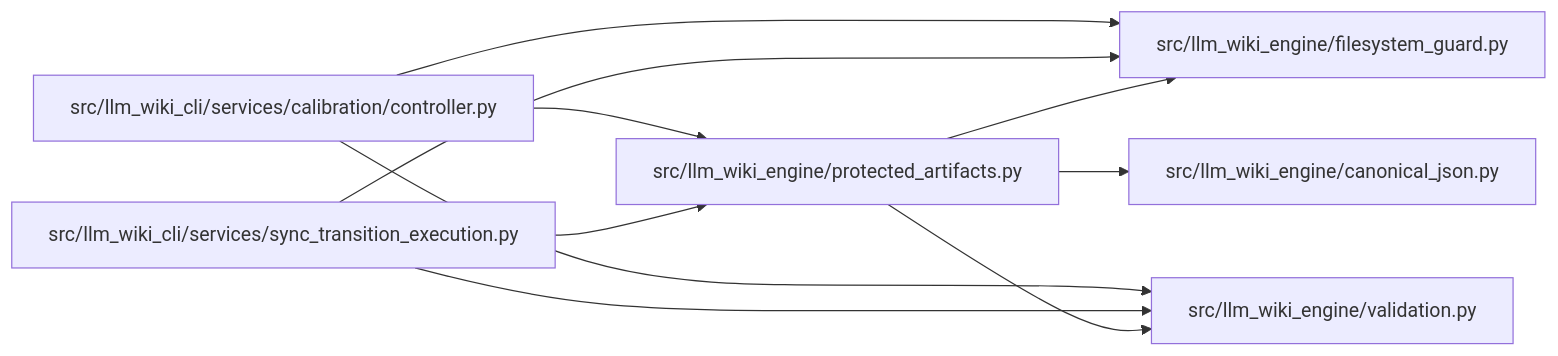
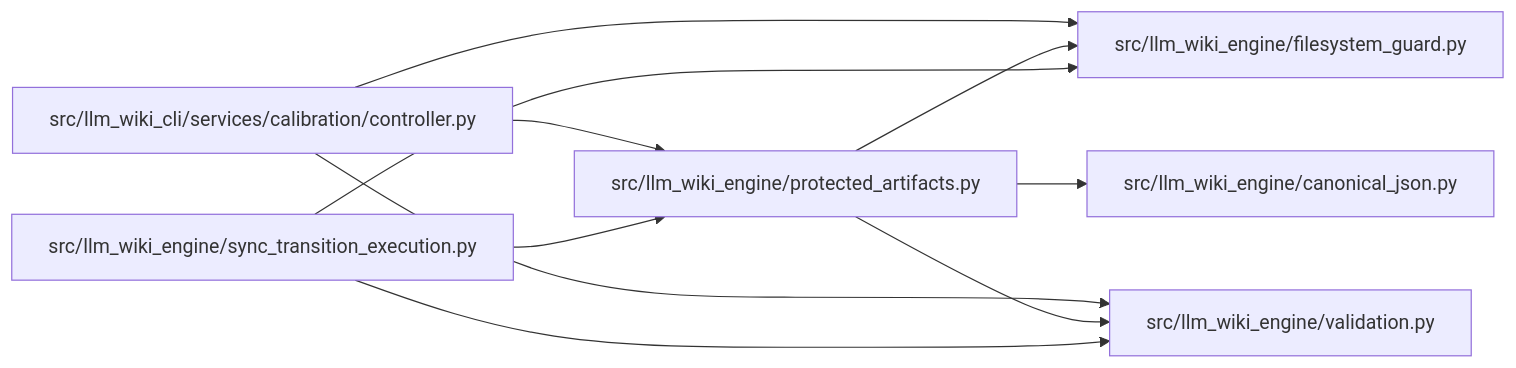
One commit to Denissvgn/python-wiki-llm changed the diagram in docs/llm_wiki/modules/protected_artifacts.md. Above: the diagram before and after it, drawn with Mermaid. The commit also changed 648 other files, not shown here.

Commit message:
docs: refresh the wiki for the engine task contract and search

````diff
--- a/docs/llm_wiki/modules/protected_artifacts.md
+++ b/docs/llm_wiki/modules/protected_artifacts.md
@@ -46,24 +46,24 @@
 ```mermaid
 flowchart LR
     n0["src/llm_wiki_cli/services/calibration/controller.py"]
-    n1["src/llm_wiki_cli/services/sync_transition_execution.py"]
-    n2["src/llm_wiki_engine/canonical_json.py"]
-    n3["src/llm_wiki_engine/filesystem_guard.py"]
-    n4["src/llm_wiki_engine/protected_artifacts.py"]
+    n1["src/llm_wiki_engine/canonical_json.py"]
+    n2["src/llm_wiki_engine/filesystem_guard.py"]
+    n3["src/llm_wiki_engine/protected_artifacts.py"]
+    n4["src/llm_wiki_engine/sync_transition_execution.py"]
     n5["src/llm_wiki_engine/validation.py"]
+    n0 --> n2
     n0 --> n3
-    n0 --> n4
     n0 --> n5
-    n1 --> n3
-    n1 --> n4
-    n1 --> n5
+    n3 --> n1
+    n3 --> n2
+    n3 --> n5
     n4 --> n2
     n4 --> n3
     n4 --> n5
     click n0 "../modules/controller.md"
-    click n1 "../modules/sync_transition_execution.md"
-    click n2 "../modules/canonical_json.md"
-    click n3 "../modules/filesystem_guard.md"
-    click n4 "../modules/protected_artifacts.md"
+    click n1 "../modules/canonical_json.md"
+    click n2 "../modules/filesystem_guard.md"
+    click n3 "../modules/protected_artifacts.md"
+    click n4 "../modules/sync_transition_execution.md"
     click n5 "../modules/validation.md"
 ```
````
